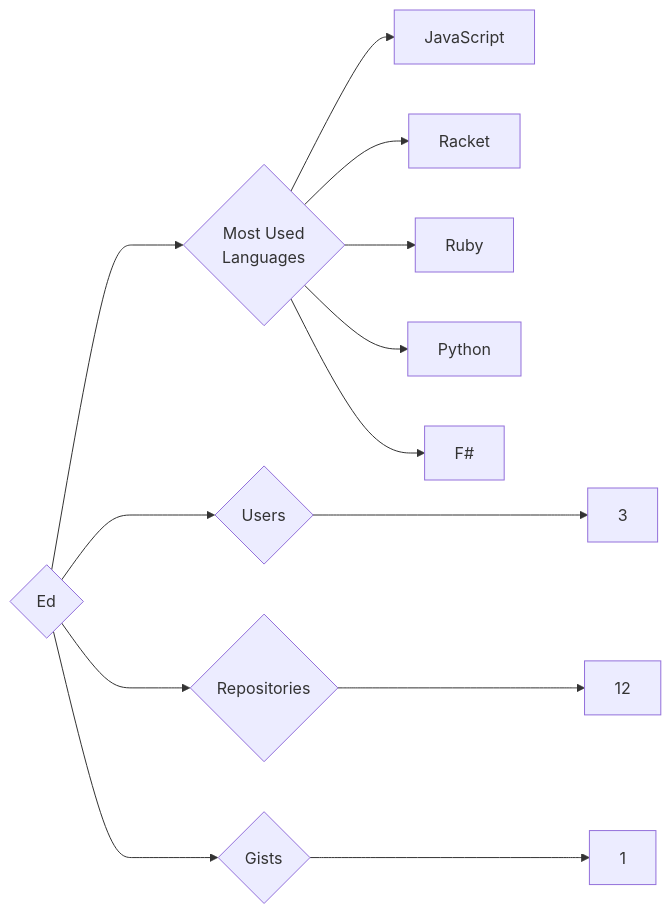
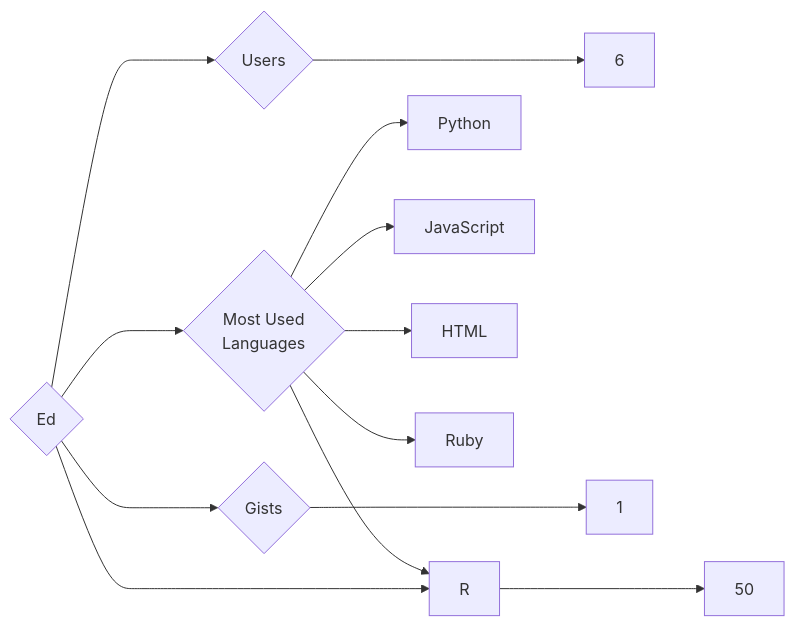
One commit to trickest/insiders changed the diagram in targets/Ed/README.md. Above: the diagram before and after it, drawn with Mermaid. The commit also changed 1084 other files, not shown here.

````diff
--- a/targets/Ed/README.md
+++ b/targets/Ed/README.md
@@ -3,13 +3,13 @@
 ```mermaid
 graph LR
 COMPANY_NAME{Ed}
-COMPANY_NAME ---> U{Users} ---> UN[3]
-COMPANY_NAME ---> R{Repositories} ---> RN[12]
+COMPANY_NAME ---> U{Users} ---> UN[6]
+COMPANY_NAME ---> R{Repositories} ---> RN[50]
 COMPANY_NAME ---> G{Gists} ---> GN[1]
 COMPANY_NAME ---> ML{Most Used<br>Languages}
+ML --> Python[Python]
 ML --> JavaScript[JavaScript]
-ML --> Racket[Racket]
+ML --> HTML[HTML]
 ML --> Ruby[Ruby]
-ML --> Python[Python]
-ML --> F#[F#]
+ML --> R[R]
 ```
````
